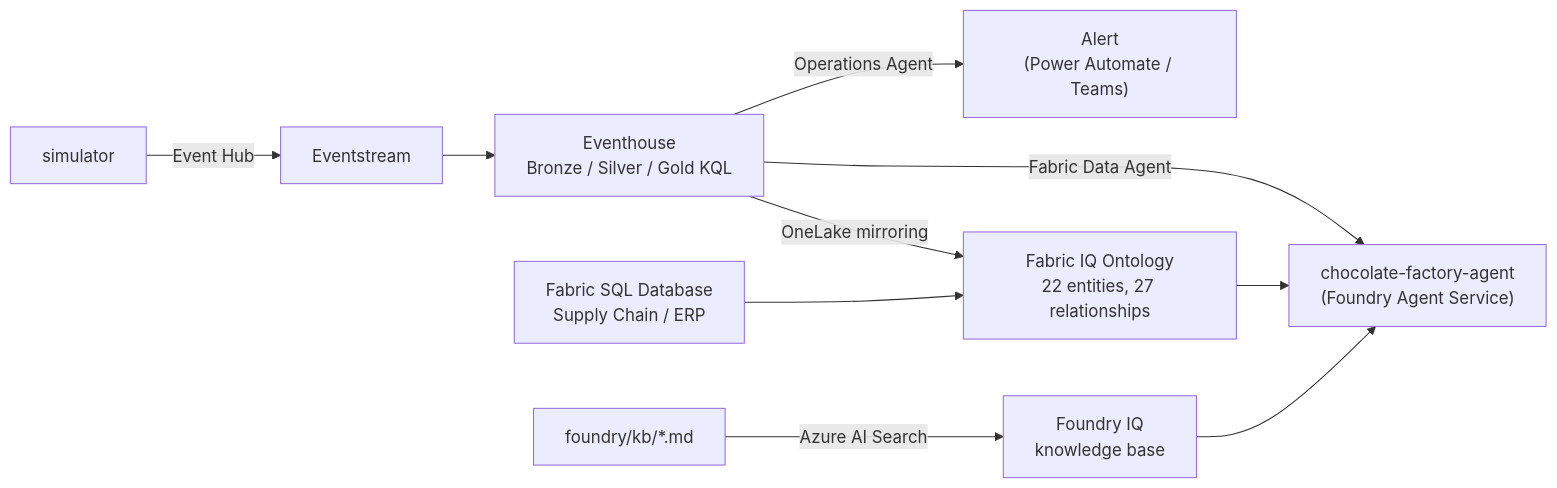
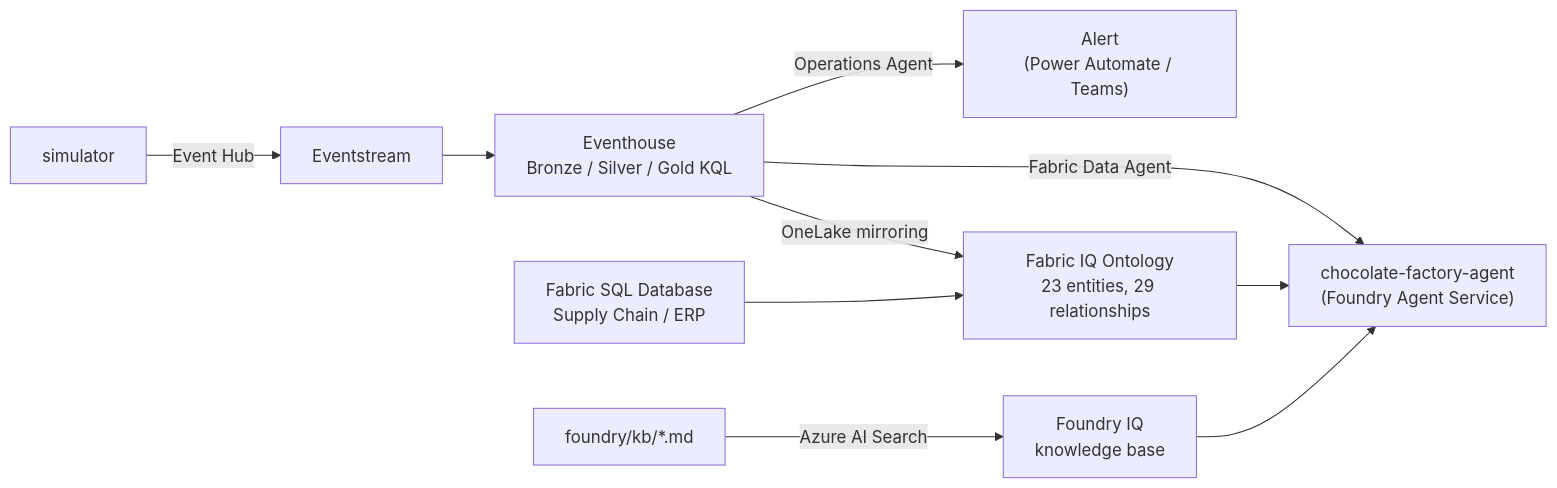
The first of 2 diagrams in README.md (chriscrcodes/fabcon26-chocolate-factory), drawn with Mermaid before and after one commit. The commit also changed other lines of this file and 25 other files, not shown here.

````diff
--- a/README.md
+++ b/README.md
@@ -56,12 +57,12 @@
 ```mermaid
 flowchart LR
     SIM["simulator"] -->|Event Hub| ES["Eventstream"]
     ES --> EH["Eventhouse\nBronze / Silver / Gold KQL"]
     SQL["Fabric SQL Database\nSupply Chain / ERP"] --> ONT
-    EH -->|OneLake mirroring| ONT["Fabric IQ Ontology\n22 entities, 27 relationships"]
+    EH -->|OneLake mirroring| ONT["Fabric IQ Ontology\n23 entities, 29 relationships"]
     KB["foundry/kb/*.md"] -->|Azure AI Search| FKB["Foundry IQ\nknowledge base"]
     EH -->|Fabric Data Agent| AGENT["chocolate-factory-agent\n(Foundry Agent Service)"]
     ONT --> AGENT
     FKB --> AGENT
     EH -->|Operations Agent| ALERT["Alert\n(Power Automate / Teams)"]
 ```
````
